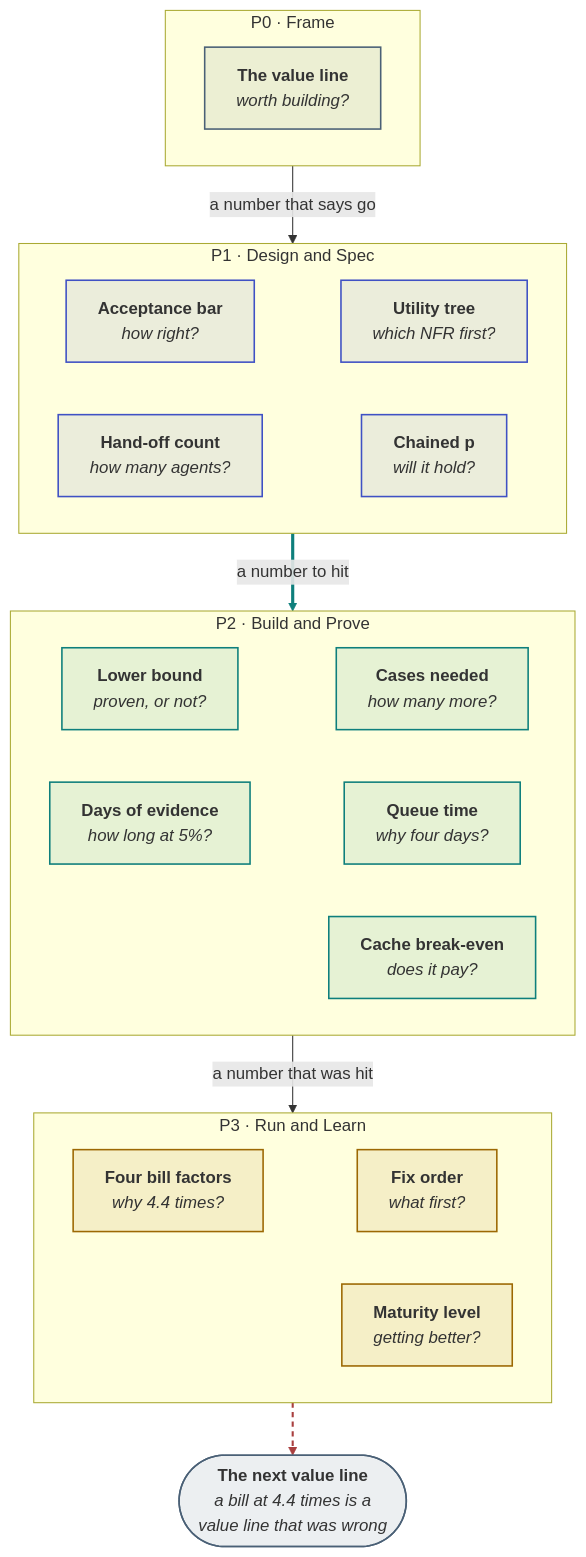
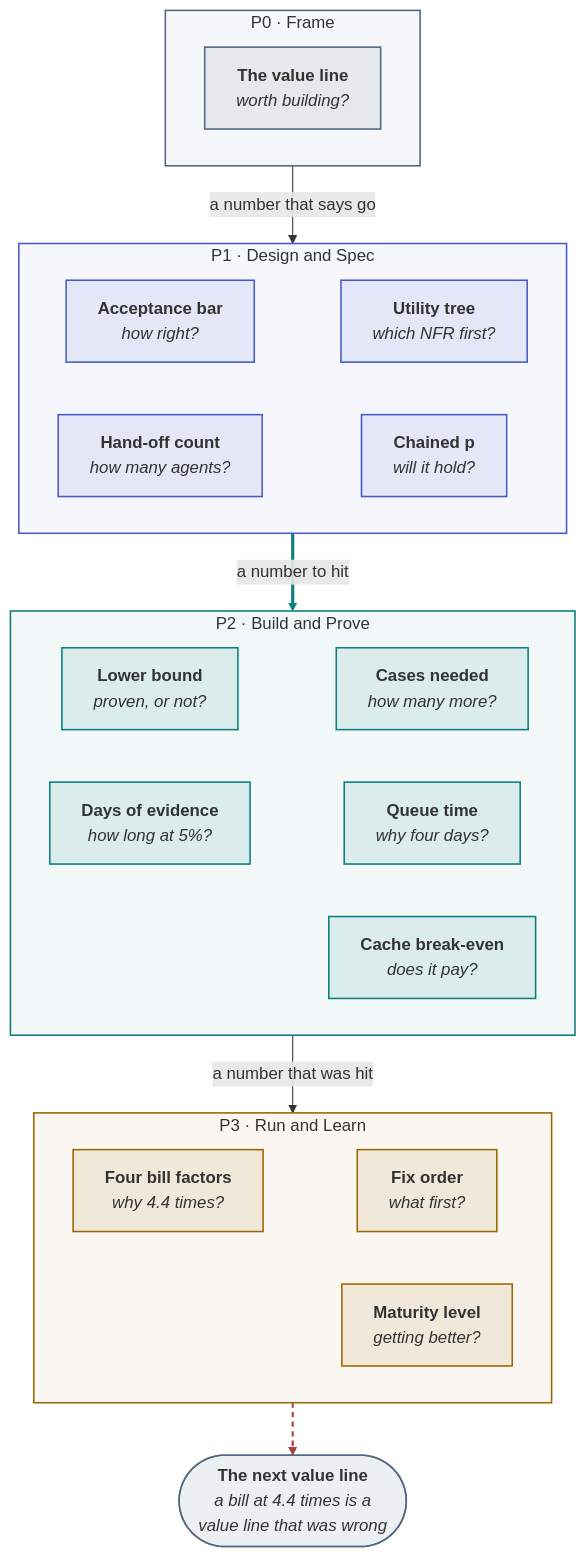
One commit to akash-coded/aws-bedrock-agentcore-strands changed the diagram in wiki/Formulas-and-Calculators.md. Above: the diagram before and after it, drawn with Mermaid. The commit also changed 19 other files, not shown here.

````diff
--- a/wiki/Formulas-and-Calculators.md
+++ b/wiki/Formulas-and-Calculators.md
@@ -42,39 +42,43 @@
 ```mermaid
 flowchart TB
   subgraph F["P0 · Frame"]
     direction LR
     V["<b>The value line</b><br/><i>worth building?</i>"]
   end
   subgraph S["P1 · Design and Spec"]
     direction LR
     A["<b>Acceptance bar</b><br/><i>how right?</i>"] ~~~ U["<b>Utility tree</b><br/><i>which NFR first?</i>"]
     H["<b>Hand-off count</b><br/><i>how many agents?</i>"] ~~~ C["<b>Chained p</b><br/><i>will it hold?</i>"]
   end
   subgraph B["P2 · Build and Prove"]
     direction LR
     L["<b>Lower bound</b><br/><i>proven, or not?</i>"] ~~~ N["<b>Cases needed</b><br/><i>how many more?</i>"]
     D["<b>Days of evidence</b><br/><i>how long at 5%?</i>"] ~~~ Q["<b>Queue time</b><br/><i>why four days?</i>"]
     K["<b>Cache break-even</b><br/><i>does it pay?</i>"]
   end
   subgraph R["P3 · Run and Learn"]
     direction LR
     X["<b>Four bill factors</b><br/><i>why 4.4 times?</i>"] ~~~ Y["<b>Fix order</b><br/><i>what first?</i>"]
     Z["<b>Maturity level</b><br/><i>getting better?</i>"]
   end
   F -->|"a number that says go"| S
   S -->|"a number to hit"| B
   B -->|"a number that was hit"| R
   R -.-> NX(["<b>The next value line</b><br/><i>a bill at 4.4 times is a<br/>value line that was wrong</i>"])
 
-  classDef p0 fill:#4A60761A,stroke:#4A6076,stroke-width:1.5px
-  classDef p1 fill:#3F51C41A,stroke:#3F51C4,stroke-width:1.5px
+  classDef p0 fill:#5169811A,stroke:#516981,stroke-width:1.5px
+  classDef p1 fill:#4B5CC81A,stroke:#4B5CC8,stroke-width:1.5px
   classDef p2 fill:#0E7F7C1A,stroke:#0E7F7C,stroke-width:1.5px
   classDef p3 fill:#9C68031A,stroke:#9C6803,stroke-width:1.5px
   class V p0
   class A,U,H,C p1
   class L,N,D,Q,K p2
   class X,Y,Z p3
   class NX p0
+  style F fill:#5169810D,stroke:#516981,stroke-width:1.5px
+  style S fill:#4B5CC80D,stroke:#4B5CC8,stroke-width:1.5px
+  style B fill:#0E7F7C0D,stroke:#0E7F7C,stroke-width:1.5px
+  style R fill:#9C68030D,stroke:#9C6803,stroke-width:1.5px
   linkStyle 6 stroke:#0E7F7C,stroke-width:3px
   linkStyle 8 stroke:#A93F3F,stroke-width:2px,stroke-dasharray:5 4
 ```
````
